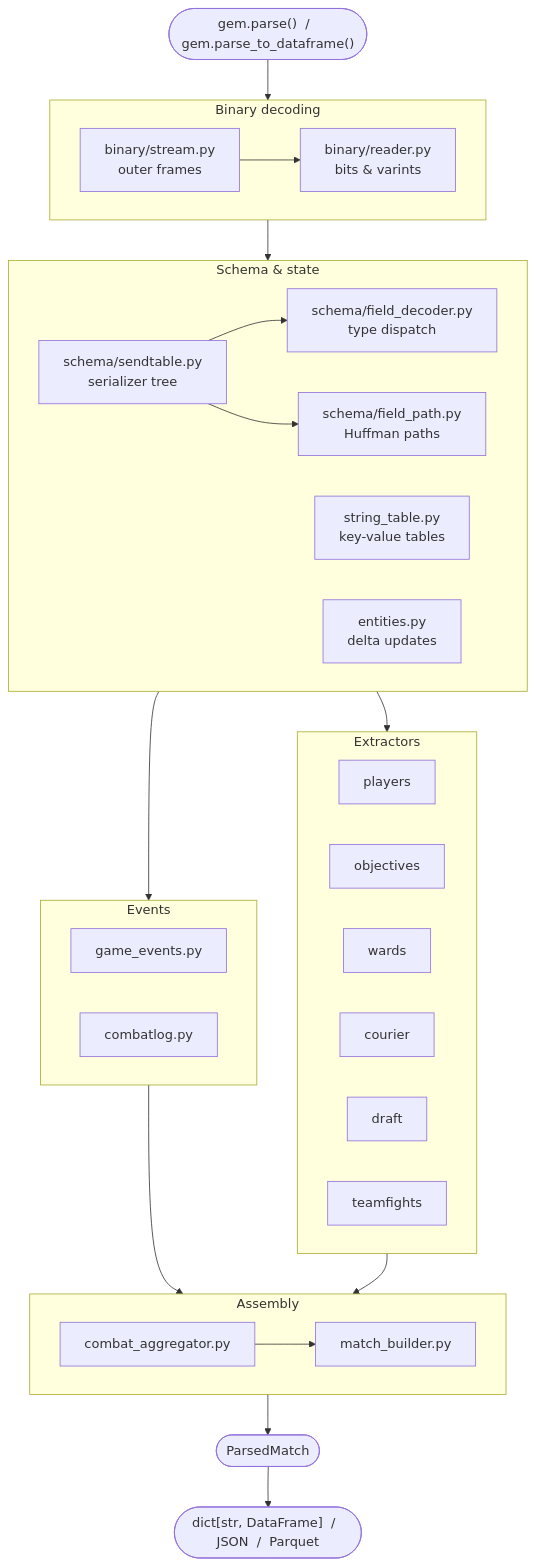
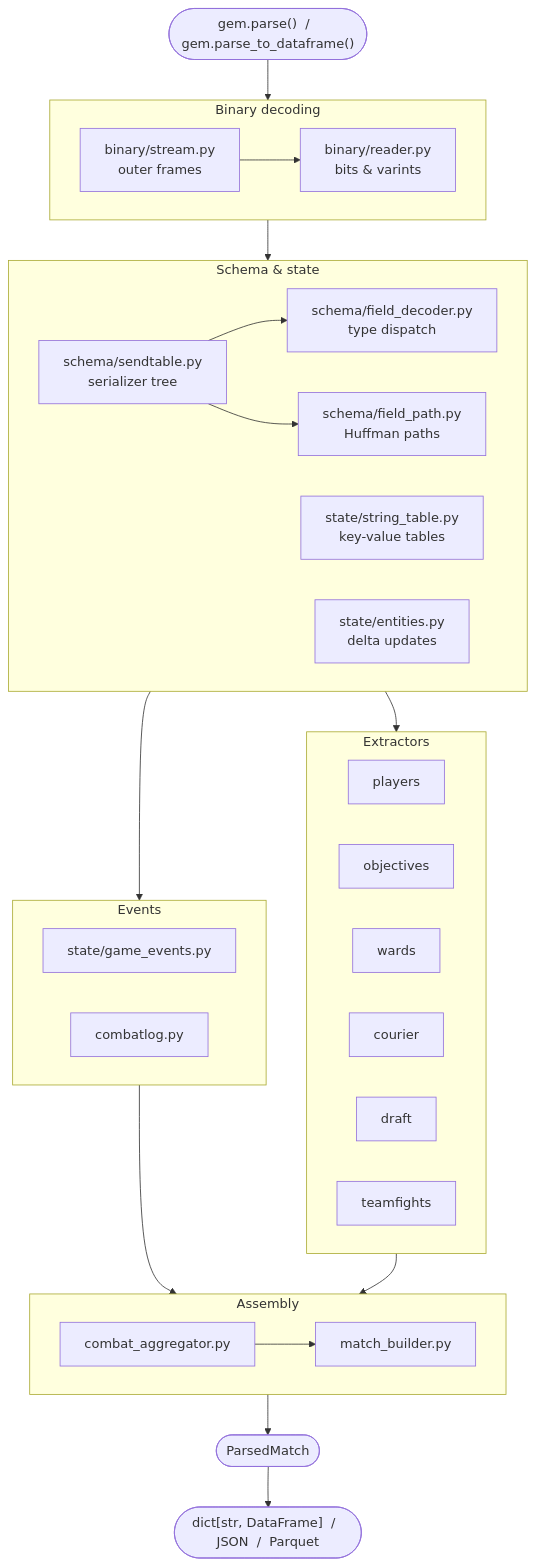
One commit to whanyu1212/gem-dota changed the diagram in docs/architecture.md. Above: the diagram before and after it, drawn with Mermaid. The commit also changed other lines of this file and 40 other files, not shown here.

````diff
--- a/docs/architecture.md
+++ b/docs/architecture.md
@@ -10,49 +10,49 @@
 ```mermaid
 flowchart TD
     A(["gem.parse()  /  gem.parse_to_dataframe()"])
 
     subgraph BINARY ["Binary decoding"]
         direction LR
         B["binary/stream.py\nouter frames"] --> C["binary/reader.py\nbits & varints"]
     end
 
     subgraph SCHEMA ["Schema & state"]
         direction LR
         D["schema/sendtable.py\nserializer tree"] --> E["schema/field_decoder.py\ntype dispatch"]
         D --> F["schema/field_path.py\nHuffman paths"]
-        G["string_table.py\nkey-value tables"]
-        H["entities.py\ndelta updates"]
+        G["state/string_table.py\nkey-value tables"]
+        H["state/entities.py\ndelta updates"]
     end
 
     subgraph EVENTS ["Events"]
         direction LR
-        I["game_events.py"]
+        I["state/game_events.py"]
         J["combatlog.py"]
     end
 
     subgraph EXTRACT ["Extractors"]
         direction LR
         X1["players"]
         X2["objectives"]
         X3["wards"]
         X4["courier"]
         X5["draft"]
         X6["teamfights"]
     end
 
     subgraph ASSEMBLE ["Assembly"]
         K["combat_aggregator.py"] --> L["match_builder.py"]
     end
 
     O(["ParsedMatch"])
     P(["dict[str, DataFrame]  /  JSON  /  Parquet"])
 
     A --> BINARY
     BINARY --> SCHEMA
     SCHEMA --> EVENTS
     SCHEMA --> EXTRACT
     EVENTS --> ASSEMBLE
     EXTRACT --> ASSEMBLE
     ASSEMBLE --> O
     O --> P
 ```
````
